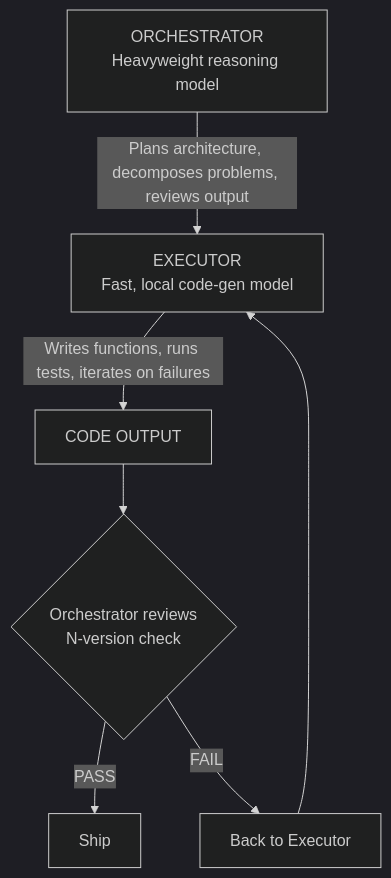
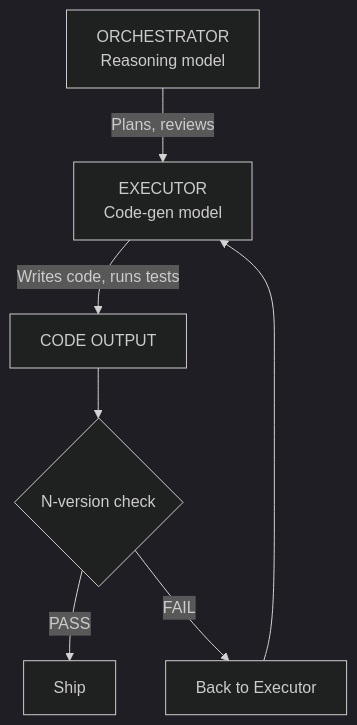
Before and after one commit to seanpor/AgentGuide: the fifth of 8 diagrams in writing-production-code.md, drawn with Mermaid (dark theme). The commit also changed other lines of this file and 1 other file, not shown here.

First line of the commit message:
Compact Mermaid diagrams for small-screen readability

````diff
--- a/writing-production-code.md
+++ b/writing-production-code.md
@@ -873,15 +873,15 @@
 ```mermaid
 flowchart TD
-    O[ORCHESTRATOR<br/>Heavyweight reasoning model]
-    E[EXECUTOR<br/>Fast, local code-gen model]
+    O[ORCHESTRATOR<br/>Reasoning model]
+    E[EXECUTOR<br/>Code-gen model]
     CO[CODE OUTPUT]
-    Review{Orchestrator reviews<br/>N-version check}
+    Review{N-version check}
     Ship[Ship]
     Back[Back to Executor]
-    O -->|Plans architecture, decomposes problems, reviews output| E
-    E -->|Writes functions, runs tests, iterates on failures| CO
+    O -->|Plans, reviews| E
+    E -->|Writes code, runs tests| CO
     CO --> Review
     Review -->|PASS| Ship
     Review -->|FAIL| Back
     Back --> E
 ```
````
